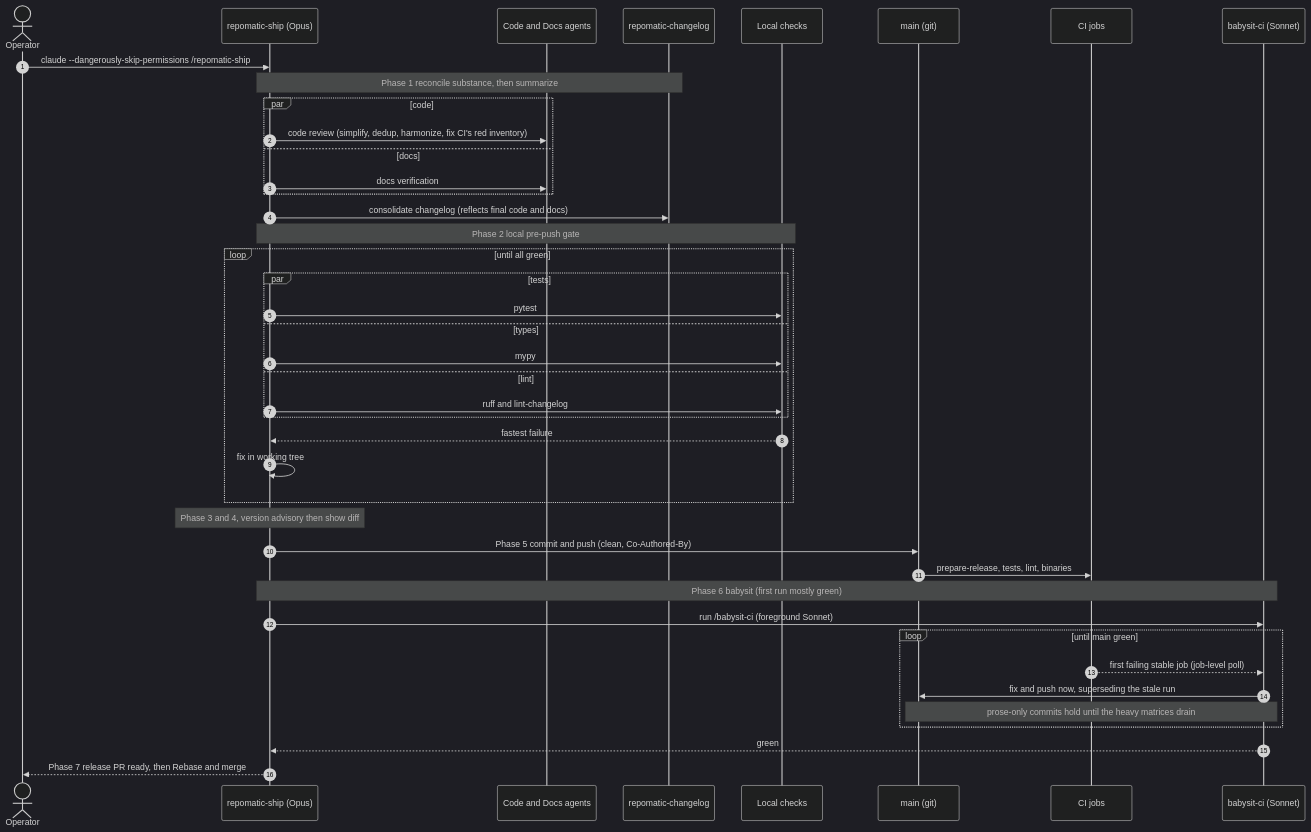
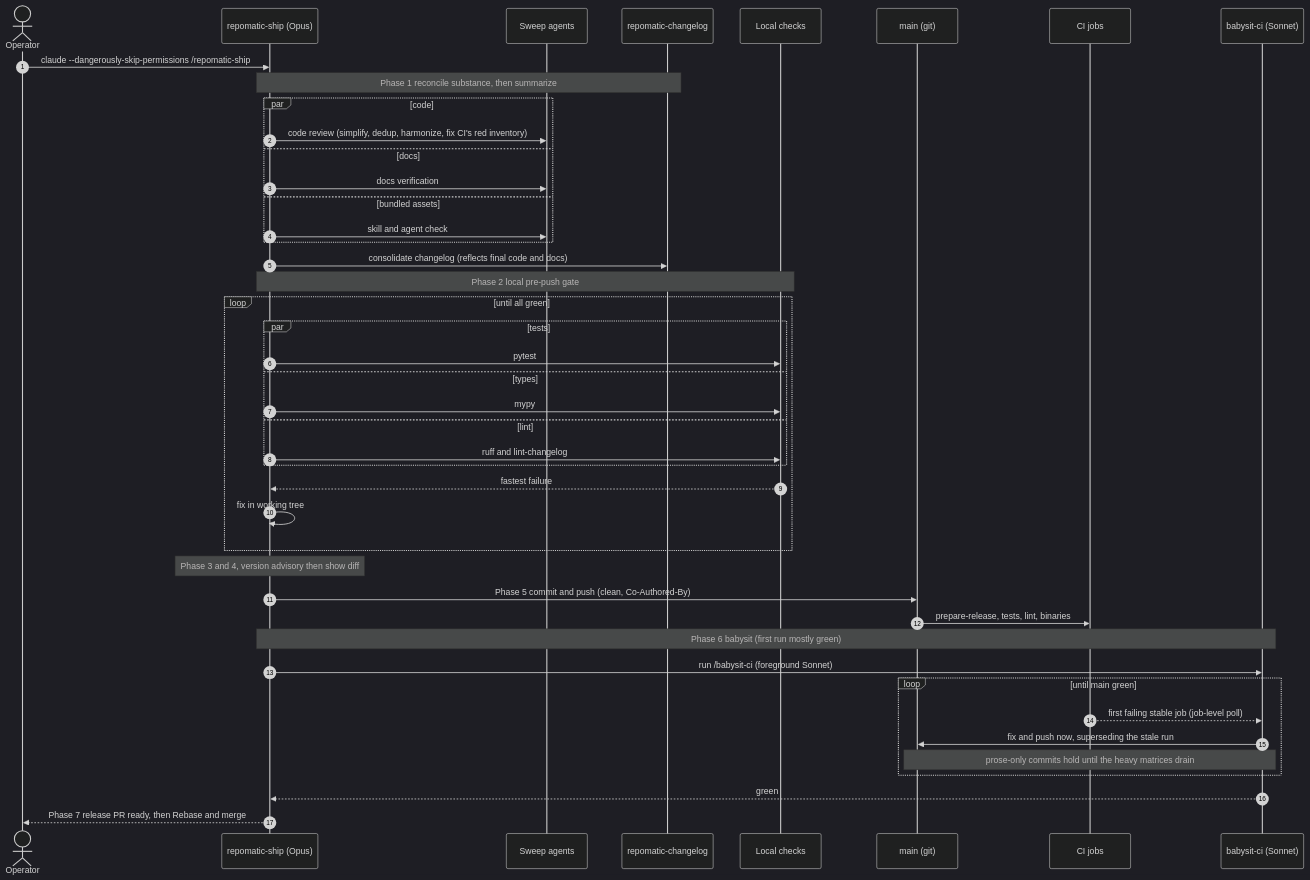
One commit to kdeldycke/repomatic changed the first of 2 diagrams in docs/agent-skills.md. Above: the diagram before and after it, drawn with Mermaid (dark theme). The commit also changed 19 other files, not shown here.

First line of the commit message:
Reconcile code, docs and bundled assets to the net release state

````diff
--- a/docs/agent-skills.md
+++ b/docs/agent-skills.md
@@ -100,49 +100,51 @@
 ```mermaid
 sequenceDiagram
     autonumber
     actor Op as Operator
     participant Ship as repomatic-ship (Opus)
-    participant AG as Code and Docs agents
+    participant AG as Sweep agents
     participant CL as repomatic-changelog
     participant Local as Local checks
     participant Main as main (git)
     participant CI as CI jobs
     participant BCI as babysit-ci (Sonnet)
 
     Op->>Ship: claude --dangerously-skip-permissions /repomatic-ship
 
     Note over Ship,CL: Phase 1 reconcile substance, then summarize
     par code
         Ship->>AG: code review (simplify, dedup, harmonize, fix CI's red inventory)
     and docs
         Ship->>AG: docs verification
+    and bundled assets
+        Ship->>AG: skill and agent check
     end
     Ship->>CL: consolidate changelog (reflects final code and docs)
 
     Note over Ship,Local: Phase 2 local pre-push gate
     loop until all green
         par tests
             Ship->>Local: pytest
         and types
             Ship->>Local: mypy
         and lint
             Ship->>Local: ruff and lint-changelog
         end
         Local-->>Ship: fastest failure
         Ship->>Ship: fix in working tree
     end
 
     Note over Ship: Phase 3 and 4, version advisory then show diff
     Ship->>Main: Phase 5 commit and push (clean, Co-Authored-By)
     Main->>CI: prepare-release, tests, lint, binaries
 
     Note over Ship,BCI: Phase 6 babysit (first run mostly green)
     Ship->>BCI: run /babysit-ci (foreground Sonnet)
     loop until main green
         CI-->>BCI: first failing stable job (job-level poll)
         BCI->>Main: fix and push now, superseding the stale run
         Note over BCI,Main: prose-only commits hold until the heavy matrices drain
     end
     BCI-->>Ship: green
     Ship-->>Op: Phase 7 release PR ready, then Rebase and merge
 ```
````
